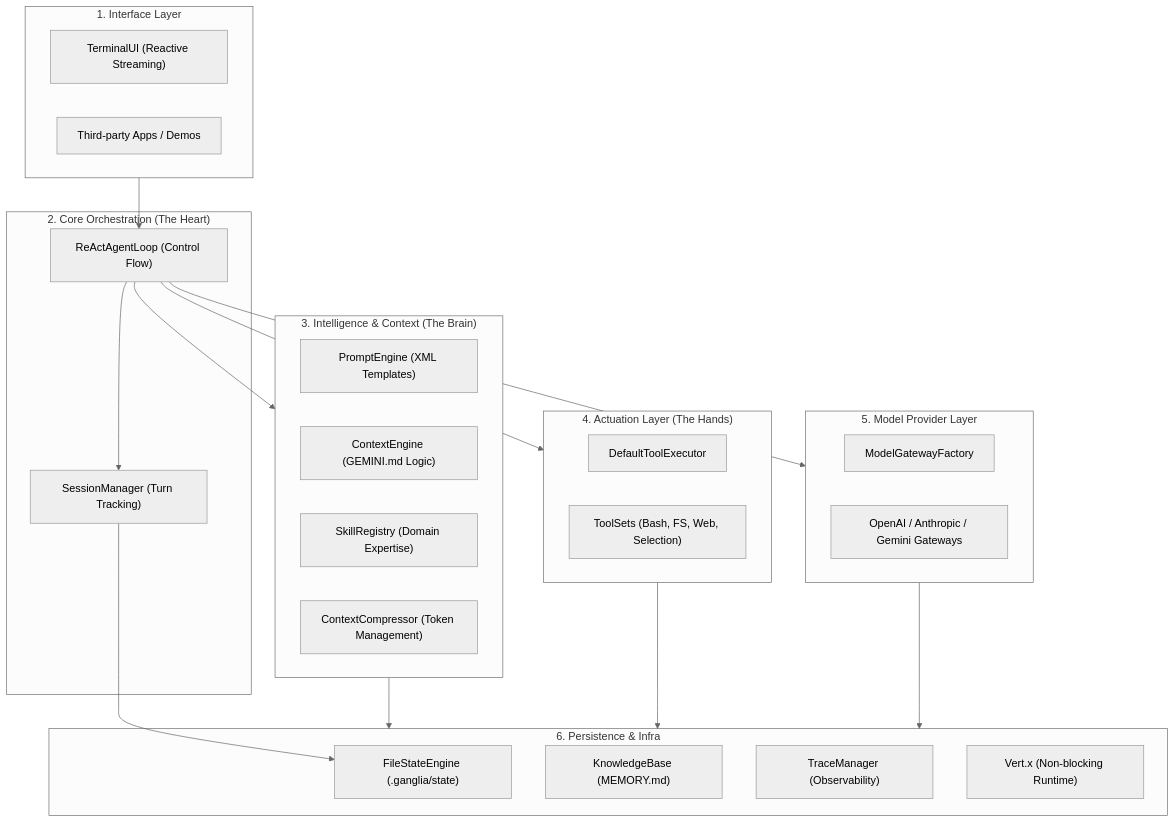
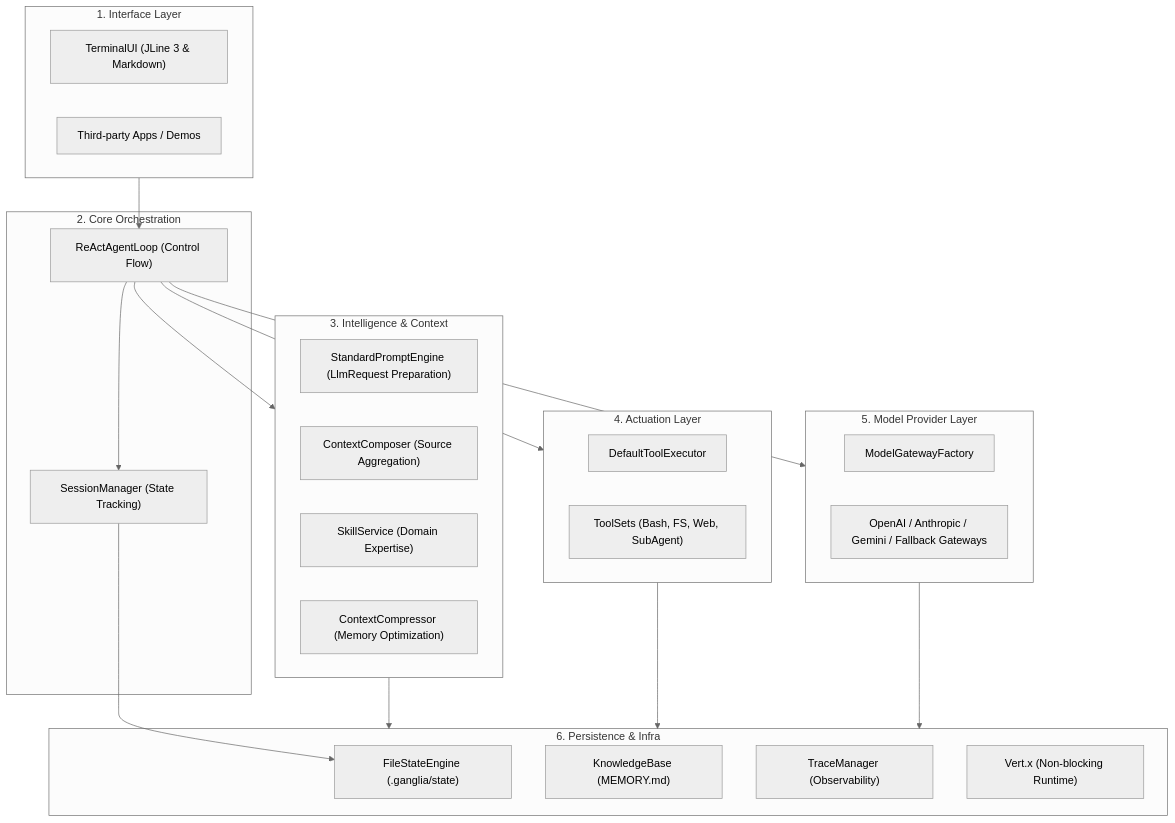
The first of 2 diagrams in docs/ARCHITECTURE.md (stream-iori/ganglia), drawn with Mermaid (neutral theme) before and after one commit. The commit also changed other lines of this file and 48 other files, not shown here.

First line of the commit message:
feat(core): enhance tool robustness, UI feedback, and cleanup legacy tools

````diff
--- a/docs/ARCHITECTURE.md
+++ b/docs/ARCHITECTURE.md
@@ -38,46 +37,46 @@
 ```mermaid
 graph TD
     subgraph UI ["1. Interface Layer"]
-        TUI["TerminalUI (Reactive Streaming)"]
+        TUI["TerminalUI (JLine 3 & Markdown)"]
         App["Third-party Apps / Demos"]
     end
 
-    subgraph Core ["2. Core Orchestration (The Heart)"]
+    subgraph Core ["2. Core Orchestration"]
         Loop["ReActAgentLoop (Control Flow)"]
-        Session["SessionManager (Turn Tracking)"]
+        Session["SessionManager (State Tracking)"]
     end
 
-    subgraph Intel ["3. Intelligence & Context (The Brain)"]
-        Prompt["PromptEngine (XML Templates)"]
-        Context["ContextEngine (GEMINI.md Logic)"]
-        Skills["SkillRegistry (Domain Expertise)"]
-        Mem["ContextCompressor (Token Management)"]
+    subgraph Intel ["3. Intelligence & Context"]
+        Prompt["StandardPromptEngine (LlmRequest Preparation)"]
+        Context["ContextComposer (Source Aggregation)"]
+        Skills["SkillService (Domain Expertise)"]
+        Mem["ContextCompressor (Memory Optimization)"]
     end
 
-    subgraph Action ["4. Actuation Layer (The Hands)"]
+    subgraph Action ["4. Actuation Layer"]
         Executor["DefaultToolExecutor"]
-        Tools["ToolSets (Bash, FS, Web, Selection)"]
+        Tools["ToolSets (Bash, FS, Web, SubAgent)"]
     end
 
     subgraph Gateway ["5. Model Provider Layer"]
         Factory["ModelGatewayFactory"]
-        Providers["OpenAI / Anthropic / Gemini Gateways"]
+        Providers["OpenAI / Anthropic / Gemini / Fallback Gateways"]
     end
 
     subgraph Data ["6. Persistence & Infra"]
         State["FileStateEngine (.ganglia/state)"]
         KB["KnowledgeBase (MEMORY.md)"]
         Trace["TraceManager (Observability)"]
         Vertx["Vert.x (Non-blocking Runtime)"]
     end
 
     UI --> Loop
     Loop --> Session
     Loop --> Intel
     Loop --> Action
     Intel --> Data
     Action --> Data
     Loop --> Gateway
     Gateway --> Data
     Session --> State
 ```
````
